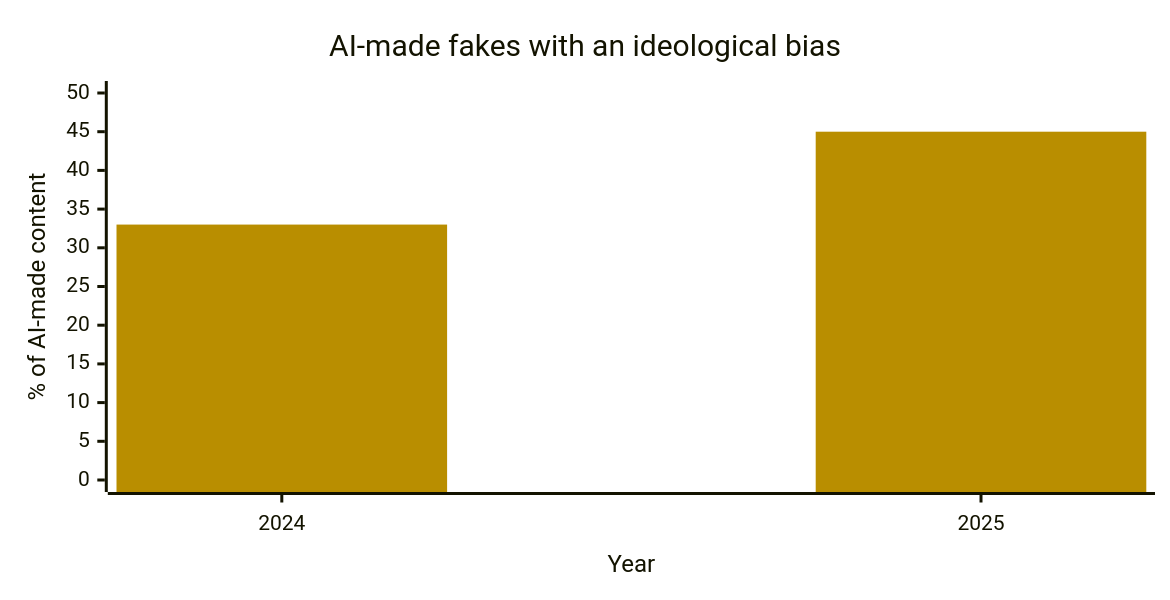
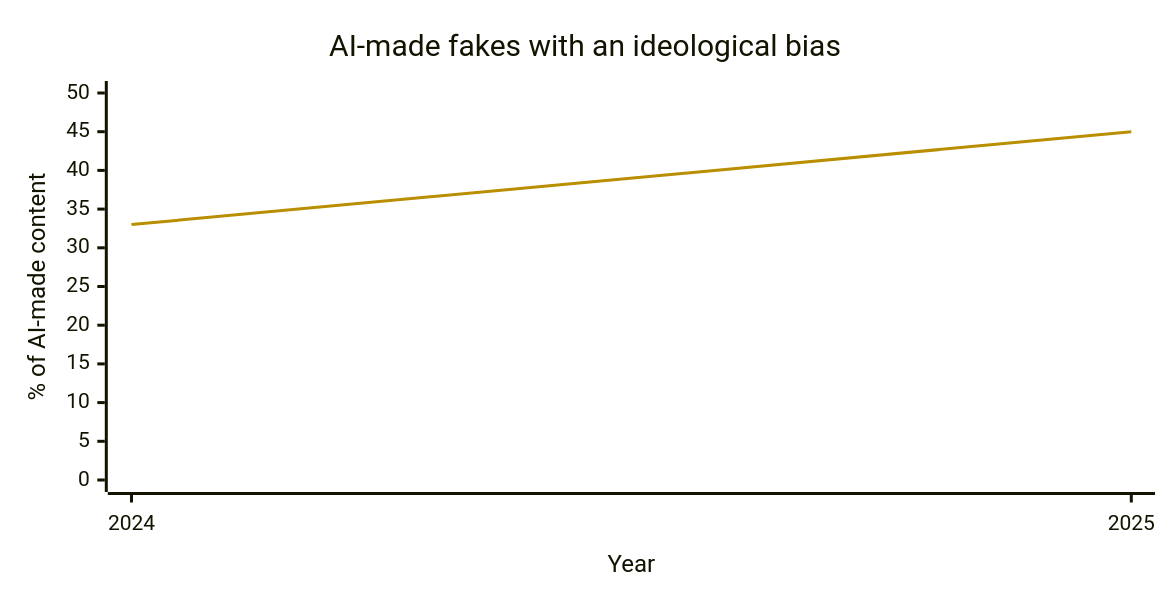
One commit to DaviPerrelli15/editorial-da-mentira changed the second of 3 diagrams in README.en.md. Above: the diagram before and after it, drawn with Mermaid. The commit also changed other lines of this file and 5 other files, not shown here.

````diff
--- a/README.en.md
+++ b/README.en.md
@@ -157,8 +163,8 @@
 ```mermaid
 %%{init: {"xyChart": {"width": 760, "height": 380}, "themeVariables": {"xyChart": {"plotColorPalette": "#B98E00"}}}}%%
 xychart-beta
   title "AI-made fakes with an ideological bias"
   x-axis "Year" ["2024", "2025"]
   y-axis "% of AI-made content" 0 --> 50
-  bar [33, 45]
+  line [33, 45]
 ```
````
